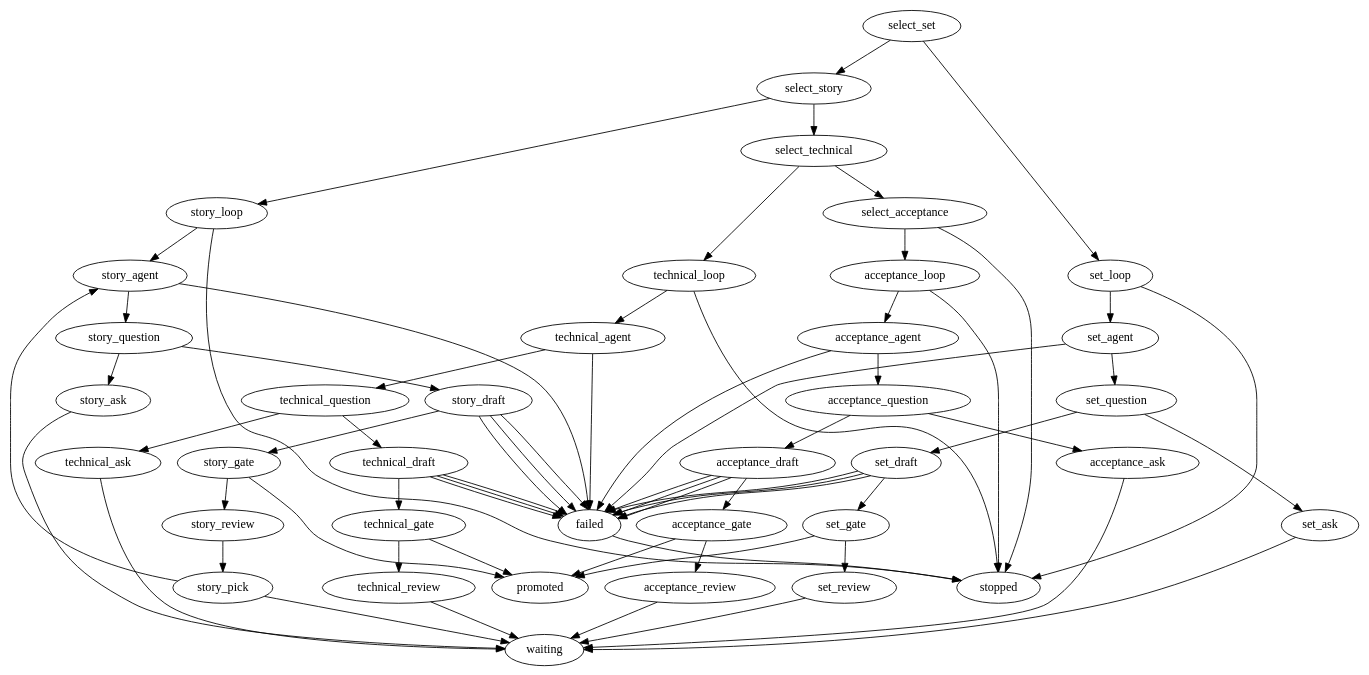
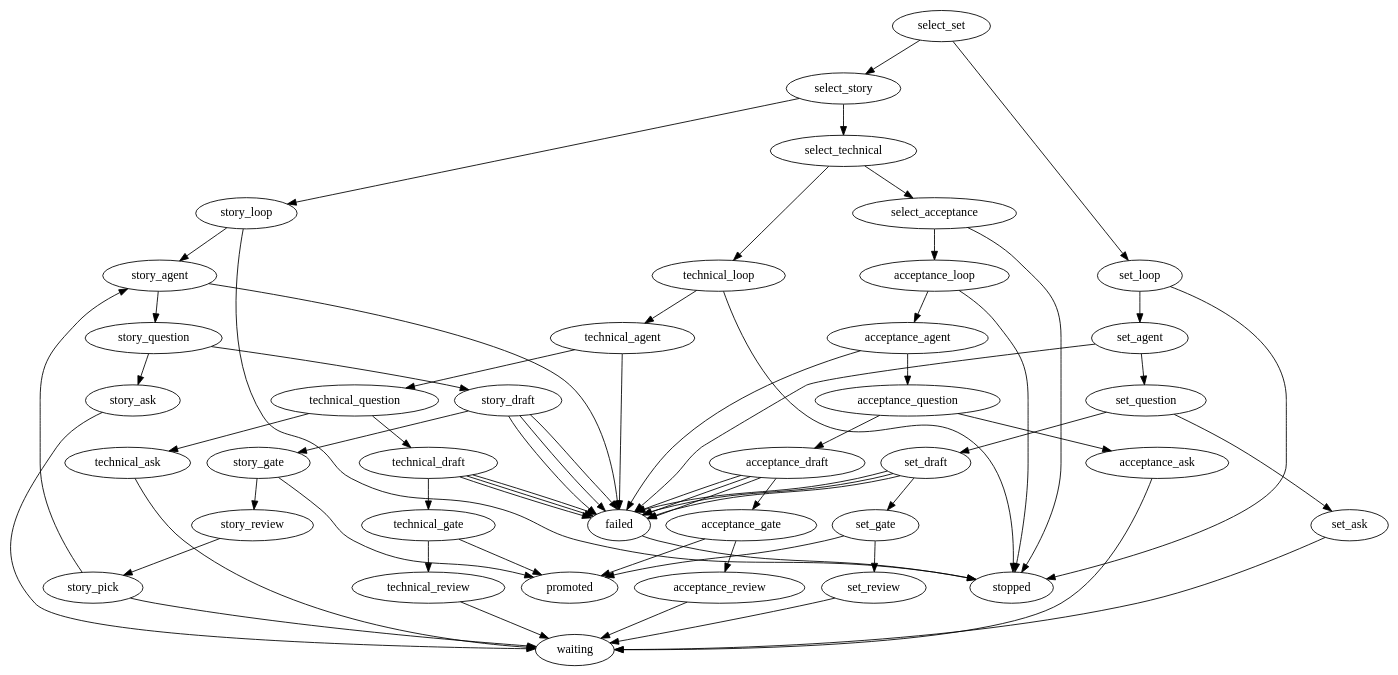
Before and after one commit to marioatcloudvane/litefactory: the diagram in teams/source/plan/plan.dot, drawn with Graphviz. The commit also changed 2 other files, not shown here.

Commit message:
Lay out plan.dot like research.dot for human readers
Stages are grouped into sections with aligned nodes and edges, a prose
header and short edge comments. The graph is unchanged: the same 105
statements, reordered. The mutation test now matches any whitespace so
the aligned columns do not break it.

```diff
--- a/teams/source/plan/plan.dot
+++ b/teams/source/plan/plan.dot
@@ -1,113 +1,151 @@
-// Factory policy supplies stage selection and approval as closed response values from retained authenticated state.
-// Review-ready is never approval. Each wait is durable; exhaustion is resumable stopped.
-// Every failing outcome of a story effect (conflict, uncertain, failed) reaches the one failure comment, so the owner is always told the cause and how to retry.
-// The set stage comes first: it proposes the story set and waits on the parent for the owner to promote it. A session that already has stories skips it, because the stage decision is false.
-// After promotion the story stage is a bounded creation cycle: story_pick freshly selects the next promoted story that has no draft, story_agent drafts it, and its review is published before the next pick. A pick that finds none ends the cycle at the durable owner waits.
-// The cycle nodes carry lf_limit="13": twelve stories in a set plus one owner-requested revision pass.
+// Plan shapes a scope into stories in four owner-authorized stages, each with
+// one reasoning role: set, story, technical and acceptance.
+//
+// The factory, not an agent, decides which stage a run is in. It answers the
+// select_* decisions from retained authenticated state, so a run enters exactly
+// one stage. A session that already has stories skips the set stage.
+//
+// Every stage has the same shape: its agent drafts, asks the owner when it
+// needs an answer, and otherwise applies its draft to the story and asks for
+// review. A stage advances only through its gate, which reads "approved" from
+// an owner reply; review-ready is never approval. Every wait is durable, and
+// running out of passes stops the run in a resumable state.
+//
+// The set stage proposes the story set on the parent and waits for the owner to
+// promote it. After promotion the story stage is a bounded creation cycle:
+// story_pick selects the next promoted story without a draft, story_agent
+// drafts it, and its review is published before the next pick. A pick that
+// finds none parks the run at the owner waits. The cycle nodes carry
+// lf_limit="13": twelve stories in a set plus one owner-requested revision.
 digraph plan {
  graph [team="builtin", mode="plan", profile_version="1", start="select_set"];
- select_set [lf_action="lf_if", lf_outcomes="true,false", lf_field="response", lf_condition="set", lf_limit="24"];
- select_set -> set_loop [lf_on="true"];
- select_set -> select_story [lf_on="false"];
- select_story [lf_action="lf_if", lf_outcomes="true,false", lf_field="response", lf_condition="story", lf_limit="24"];
- select_technical [lf_action="lf_if", lf_outcomes="true,false", lf_field="response", lf_condition="technical", lf_limit="24"];
- select_story -> story_loop [lf_on="true"];
- select_story -> select_technical [lf_on="false"];
- select_technical -> technical_loop [lf_on="true"];
- select_technical -> select_acceptance [lf_on="false"];
+
+ // ---- Stage selection ------------------------------------------------------
+ select_set        [lf_action="lf_if", lf_outcomes="true,false", lf_field="response", lf_condition="set", lf_limit="24"];
+ select_story      [lf_action="lf_if", lf_outcomes="true,false", lf_field="response", lf_condition="story", lf_limit="24"];
+ select_technical  [lf_action="lf_if", lf_outcomes="true,false", lf_field="response", lf_condition="technical", lf_limit="24"];
  select_acceptance [lf_action="lf_if", lf_outcomes="true,false", lf_field="response", lf_condition="acceptance", lf_limit="24"];
- select_acceptance -> acceptance_loop [lf_on="true"];
- select_acceptance -> stopped [lf_on="false"];
- set_loop [lf_action="lf_loop", lf_outcomes="true,false", lf_field="response", lf_condition="set", lf_limit="8"];
- set_agent [lf_action="lf_agent", lf_outcomes="success,failed", lf_agent_markdown="plan-set", lf_skills="plan-story-set", lf_limit="8"];
+
+ // ---- Stage 1: story set ---------------------------------------------------
+ set_loop     [lf_action="lf_loop", lf_outcomes="true,false", lf_field="response", lf_condition="set", lf_limit="8"];
+ set_agent    [lf_action="lf_agent", lf_outcomes="success,failed", lf_agent_markdown="plan-set", lf_skills="plan-story-set", lf_limit="8"];
  set_question [lf_action="lf_if", lf_outcomes="true,false", lf_field="response", lf_condition="ask", lf_source="set_agent", lf_limit="8"];
- set_draft [lf_action="lf_plan_story", lf_source="set_agent", lf_outcomes="applied,conflict,failed,uncertain", lf_limit="8"];
- set_gate [lf_action="lf_if", lf_outcomes="true,false", lf_field="response", lf_condition="approved", lf_limit="8"];
- set_ask [lf_action="lf_ask", lf_outcomes="published", lf_kind="question", lf_source="set_agent", lf_limit="8"];
- set_review [lf_action="lf_ask", lf_outcomes="published", lf_kind="review", lf_source="set_agent", lf_limit="8"];
- set_loop -> set_agent [lf_on="true"];
- set_loop -> stopped [lf_on="false"];
- set_agent -> set_question [lf_on="success"];
- set_agent -> failed [lf_on="failed"];
- set_question -> set_ask [lf_on="true"];
- set_question -> set_draft [lf_on="false"];
- set_draft -> set_gate [lf_on="applied"];
- set_draft -> failed [lf_on="conflict"];
- set_draft -> failed [lf_on="failed"];
- set_draft -> failed [lf_on="uncertain"];
- set_gate -> promoted [lf_on="true"];
- set_gate -> set_review [lf_on="false"];
- set_ask -> waiting [lf_on="published"];
- set_review -> waiting [lf_on="published"];
- story_loop [lf_action="lf_loop", lf_outcomes="true,false", lf_field="response", lf_condition="story", lf_limit="8"];
- story_pick [lf_action="lf_loop", lf_outcomes="true,false", lf_field="response", lf_condition="create", lf_limit="13"];
- story_agent [lf_action="lf_agent", lf_outcomes="success,failed", lf_agent_markdown="plan-story", lf_skills="plan-story-shaping", lf_limit="13"];
+ set_draft    [lf_action="lf_plan_story", lf_source="set_agent", lf_outcomes="applied,conflict,failed,uncertain", lf_limit="8"];
+ set_gate     [lf_action="lf_if", lf_outcomes="true,false", lf_field="response", lf_condition="approved", lf_limit="8"];
+ set_ask      [lf_action="lf_ask", lf_outcomes="published", lf_kind="question", lf_source="set_agent", lf_limit="8"];
+ set_review   [lf_action="lf_ask", lf_outcomes="published", lf_kind="review", lf_source="set_agent", lf_limit="8"];
+
+ // ---- Stage 2: stories (bounded creation cycle) ----------------------------
+ story_loop     [lf_action="lf_loop", lf_outcomes="true,false", lf_field="response", lf_condition="story", lf_limit="8"];
+ story_pick     [lf_action="lf_loop", lf_outcomes="true,false", lf_field="response", lf_condition="create", lf_limit="13"];
+ story_agent    [lf_action="lf_agent", lf_outcomes="success,failed", lf_agent_markdown="plan-story", lf_skills="plan-story-shaping", lf_limit="13"];
  story_question [lf_action="lf_if", lf_outcomes="true,false", lf_field="response", lf_condition="ask", lf_source="story_agent", lf_limit="13"];
- story_draft [lf_action="lf_plan_story", lf_source="story_agent", lf_outcomes="applied,conflict,failed,uncertain", lf_limit="13"];
- story_gate [lf_action="lf_if", lf_outcomes="true,false", lf_field="response", lf_condition="approved", lf_limit="13"];
- story_ask [lf_action="lf_ask", lf_outcomes="published", lf_kind="question", lf_source="story_agent", lf_limit="8"];
- story_review [lf_action="lf_ask", lf_outcomes="published", lf_kind="review", lf_source="story_agent", lf_limit="13"];
- story_loop -> story_agent [lf_on="true"];
- story_loop -> stopped [lf_on="false"];
- story_agent -> story_question [lf_on="success"];
- story_agent -> failed [lf_on="failed"];
- story_question -> story_ask [lf_on="true"];
- story_question -> story_draft [lf_on="false"];
- story_draft -> story_gate [lf_on="applied"];
- story_draft -> failed [lf_on="conflict"];
- story_draft -> failed [lf_on="failed"];
- story_draft -> failed [lf_on="uncertain"];
- story_gate -> promoted [lf_on="true"];
- story_gate -> story_review [lf_on="false"];
- story_ask -> waiting [lf_on="published"];
- story_review -> story_pick [lf_on="published"];
- story_pick -> story_agent [lf_on="true"];
- story_pick -> waiting [lf_on="false"];
- technical_loop [lf_action="lf_loop", lf_outcomes="true,false", lf_field="response", lf_condition="technical", lf_limit="8"];
- technical_agent [lf_action="lf_agent", lf_outcomes="success,failed", lf_agent_markdown="plan-technical", lf_skills="plan-technical-shaping", lf_limit="8"];
+ story_draft    [lf_action="lf_plan_story", lf_source="story_agent", lf_outcomes="applied,conflict,failed,uncertain", lf_limit="13"];
+ story_gate     [lf_action="lf_if", lf_outcomes="true,false", lf_field="response", lf_condition="approved", lf_limit="13"];
+ story_ask      [lf_action="lf_ask", lf_outcomes="published", lf_kind="question", lf_source="story_agent", lf_limit="8"];
+ story_review   [lf_action="lf_ask", lf_outcomes="published", lf_kind="review", lf_source="story_agent", lf_limit="13"];
+
+ // ---- Stage 3: technical ---------------------------------------------------
+ technical_loop     [lf_action="lf_loop", lf_outcomes="true,false", lf_field="response", lf_condition="technical", lf_limit="8"];
+ technical_agent    [lf_action="lf_agent", lf_outcomes="success,failed", lf_agent_markdown="plan-technical", lf_skills="plan-technical-shaping", lf_limit="8"];
  technical_question [lf_action="lf_if", lf_outcomes="true,false", lf_field="response", lf_condition="ask", lf_source="technical_agent", lf_limit="8"];
- technical_draft [lf_action="lf_plan_story", lf_source="technical_agent", lf_outcomes="applied,conflict,failed,uncertain", lf_limit="8"];
- technical_gate [lf_action="lf_if", lf_outcomes="true,false", lf_field="response", lf_condition="approved", lf_limit="8"];
- technical_ask [lf_action="lf_ask", lf_outcomes="published", lf_kind="question", lf_source="technical_agent", lf_limit="8"];
- technical_review [lf_action="lf_ask", lf_outcomes="published", lf_kind="review", lf_source="technical_agent", lf_limit="8"];
- technical_loop -> technical_agent [lf_on="true"];
- technical_loop -> stopped [lf_on="false"];
- technical_agent -> technical_question [lf_on="success"];
- technical_agent -> failed [lf_on="failed"];
- technical_question -> technical_ask [lf_on="true"];
- technical_question -> technical_draft [lf_on="false"];
- technical_draft -> technical_gate [lf_on="applied"];
- technical_draft -> failed [lf_on="conflict"];
- technical_draft -> failed [lf_on="failed"];
- technical_draft -> failed [lf_on="uncertain"];
- technical_gate -> promoted [lf_on="true"];
- technical_gate -> technical_review [lf_on="false"];
- technical_ask -> waiting [lf_on="published"];
- technical_review -> waiting [lf_on="published"];
- acceptance_loop [lf_action="lf_loop", lf_outcomes="true,false", lf_field="response", lf_condition="acceptance", lf_limit="8"];
- acceptance_agent [lf_action="lf_agent", lf_outcomes="success,failed", lf_agent_markdown="plan-acceptance", lf_skills="plan-acceptance-shaping", lf_limit="8"];
+ technical_draft    [lf_action="lf_plan_story", lf_source="technical_agent", lf_outcomes="applied,conflict,failed,uncertain", lf_limit="8"];
+ technical_gate     [lf_action="lf_if", lf_outcomes="true,false", lf_field="response", lf_condition="approved", lf_limit="8"];
+ technical_ask      [lf_action="lf_ask", lf_outcomes="published", lf_kind="question", lf_source="technical_agent", lf_limit="8"];
+ technical_review   [lf_action="lf_ask", lf_outcomes="published", lf_kind="review", lf_source="technical_agent", lf_limit="8"];
+
+ // ---- Stage 4: acceptance --------------------------------------------------
+ acceptance_loop     [lf_action="lf_loop", lf_outcomes="true,false", lf_field="response", lf_condition="acceptance", lf_limit="8"];
+ acceptance_agent    [lf_action="lf_agent", lf_outcomes="success,failed", lf_agent_markdown="plan-acceptance", lf_skills="plan-acceptance-shaping", lf_limit="8"];
  acceptance_question [lf_action="lf_if", lf_outcomes="true,false", lf_field="response", lf_condition="ask", lf_source="acceptance_agent", lf_limit="8"];
- acceptance_draft [lf_action="lf_plan_story", lf_source="acceptance_agent", lf_outcomes="applied,conflict,failed,uncertain", lf_limit="8"];
- acceptance_gate [lf_action="lf_if", lf_outcomes="true,false", lf_field="response", lf_condition="approved", lf_limit="8"];
- acceptance_ask [lf_action="lf_ask", lf_outcomes="published", lf_kind="question", lf_source="acceptance_agent", lf_limit="8"];
- acceptance_review [lf_action="lf_ask", lf_outcomes="published", lf_kind="review", lf_source="acceptance_agent", lf_limit="8"];
- acceptance_loop -> acceptance_agent [lf_on="true"];
- acceptance_loop -> stopped [lf_on="false"];
- acceptance_agent -> acceptance_question [lf_on="success"];
+ acceptance_draft    [lf_action="lf_plan_story", lf_source="acceptance_agent", lf_outcomes="applied,conflict,failed,uncertain", lf_limit="8"];
+ acceptance_gate     [lf_action="lf_if", lf_outcomes="true,false", lf_field="response", lf_condition="approved", lf_limit="8"];
+ acceptance_ask      [lf_action="lf_ask", lf_outcomes="published", lf_kind="question", lf_source="acceptance_agent", lf_limit="8"];
+ acceptance_review   [lf_action="lf_ask", lf_outcomes="published", lf_kind="review", lf_source="acceptance_agent", lf_limit="8"];
+
+ // ---- Failure and terminals ------------------------------------------------
+ failed   [lf_action="lf_comment", lf_outcomes="published", lf_kind="failure", lf_limit="1"];
+ waiting  [lf_terminal="true"];
+ promoted [lf_terminal="true"];
+ stopped  [lf_terminal="true"];
+
+ // Stage selection: the first true decision picks the stage; none stops.
+ select_set        -> set_loop          [lf_on="true"];
+ select_set        -> select_story      [lf_on="false"];   // stories exist; skip the set
+ select_story      -> story_loop        [lf_on="true"];
+ select_story      -> select_technical  [lf_on="false"];
+ select_technical  -> technical_loop    [lf_on="true"];
+ select_technical  -> select_acceptance [lf_on="false"];
+ select_acceptance -> acceptance_loop   [lf_on="true"];
+ select_acceptance -> stopped           [lf_on="false"];
+
+ // Stage 1: propose the story set and wait for the owner to promote it.
+ set_loop     -> set_agent    [lf_on="true"];
+ set_loop     -> stopped      [lf_on="false"];      // out of passes
+ set_agent    -> set_question [lf_on="success"];
+ set_question -> set_ask      [lf_on="true"];       // needs an answer
+ set_question -> set_draft    [lf_on="false"];      // has a set; apply it
+ set_draft    -> set_gate     [lf_on="applied"];
+ set_gate     -> promoted     [lf_on="true"];       // the owner approved
+ set_gate     -> set_review   [lf_on="false"];      // asks if the set stands
+ set_ask      -> waiting      [lf_on="published"];
+ set_review   -> waiting      [lf_on="published"];
+
+ // Stage 2: draft one story per pick; each review is published before the next.
+ story_loop     -> story_agent    [lf_on="true"];
+ story_loop     -> stopped        [lf_on="false"];    // out of passes
+ story_agent    -> story_question [lf_on="success"];
+ story_question -> story_ask      [lf_on="true"];     // needs an answer
+ story_question -> story_draft    [lf_on="false"];    // has a draft; apply it
+ story_draft    -> story_gate     [lf_on="applied"];
+ story_gate     -> promoted       [lf_on="true"];     // the owner approved
+ story_gate     -> story_review   [lf_on="false"];    // asks if the draft stands
+ story_ask      -> waiting        [lf_on="published"];
+ story_review   -> story_pick     [lf_on="published"];
+ story_pick     -> story_agent    [lf_on="true"];     // another story has no draft
+ story_pick     -> waiting        [lf_on="false"];    // all drafted; owner reviews
+
+ // Stage 3: technical shaping, same shape as the set stage.
+ technical_loop     -> technical_agent    [lf_on="true"];
+ technical_loop     -> stopped            [lf_on="false"];    // out of passes
+ technical_agent    -> technical_question [lf_on="success"];
+ technical_question -> technical_ask      [lf_on="true"];     // needs an answer
+ technical_question -> technical_draft    [lf_on="false"];    // has a draft; apply it
+ technical_draft    -> technical_gate     [lf_on="applied"];
+ technical_gate     -> promoted           [lf_on="true"];     // the owner approved
+ technical_gate     -> technical_review   [lf_on="false"];    // asks if the draft stands
+ technical_ask      -> waiting            [lf_on="published"];
+ technical_review   -> waiting            [lf_on="published"];
+
+ // Stage 4: acceptance shaping, same shape as the set stage.
+ acceptance_loop     -> acceptance_agent    [lf_on="true"];
+ acceptance_loop     -> stopped             [lf_on="false"];    // out of passes
+ acceptance_agent    -> acceptance_question [lf_on="success"];
+ acceptance_question -> acceptance_ask      [lf_on="true"];     // needs an answer
+ acceptance_question -> acceptance_draft    [lf_on="false"];    // has a draft; apply it
+ acceptance_draft    -> acceptance_gate     [lf_on="applied"];
+ acceptance_gate     -> promoted            [lf_on="true"];     // the owner approved
+ acceptance_gate     -> acceptance_review   [lf_on="false"];    // asks if the draft stands
+ acceptance_ask      -> waiting             [lf_on="published"];
+ acceptance_review   -> waiting             [lf_on="published"];
+
+ // A failed agent or story effect (conflict, failed, uncertain) reports its
+ // cause and how to retry, then stops; nothing retries on its own.
+ set_agent        -> failed [lf_on="failed"];
+ set_draft        -> failed [lf_on="conflict"];
+ set_draft        -> failed [lf_on="failed"];
+ set_draft        -> failed [lf_on="uncertain"];
+ story_agent      -> failed [lf_on="failed"];
+ story_draft      -> failed [lf_on="conflict"];
+ story_draft      -> failed [lf_on="failed"];
+ story_draft      -> failed [lf_on="uncertain"];
+ technical_agent  -> failed [lf_on="failed"];
+ technical_draft  -> failed [lf_on="conflict"];
+ technical_draft  -> failed [lf_on="failed"];
+ technical_draft  -> failed [lf_on="uncertain"];
  acceptance_agent -> failed [lf_on="failed"];
- acceptance_question -> acceptance_ask [lf_on="true"];
- acceptance_question -> acceptance_draft [lf_on="false"];
- acceptance_draft -> acceptance_gate [lf_on="applied"];
  acceptance_draft -> failed [lf_on="conflict"];
  acceptance_draft -> failed [lf_on="failed"];
  acceptance_draft -> failed [lf_on="uncertain"];
- acceptance_gate -> promoted [lf_on="true"];
- acceptance_gate -> acceptance_review [lf_on="false"];
- acceptance_ask -> waiting [lf_on="published"];
- acceptance_review -> waiting [lf_on="published"];
- failed [lf_action="lf_comment", lf_outcomes="published", lf_kind="failure", lf_limit="1"];
- failed -> stopped [lf_on="published"];
- waiting [lf_terminal="true"];
- promoted [lf_terminal="true"];
- stopped [lf_terminal="true"];
+ failed           -> stopped [lf_on="published"];
 }
```
